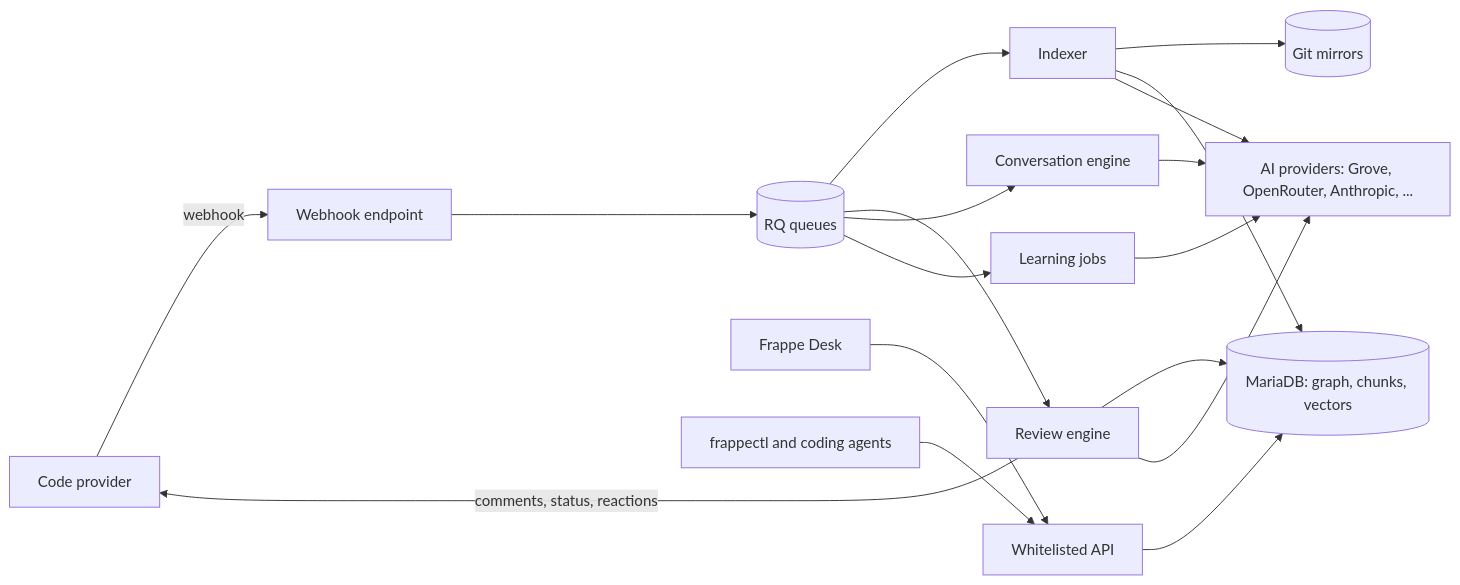
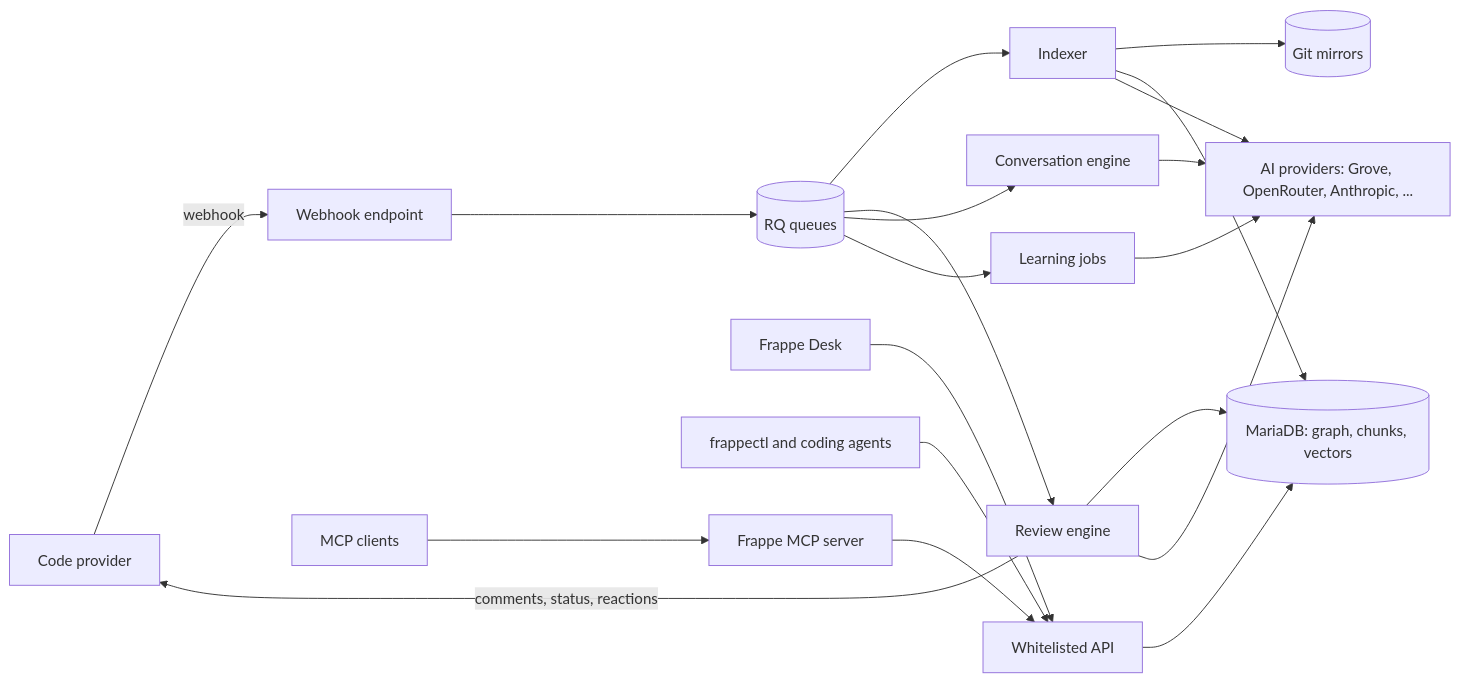
One commit to frappe/guard changed the diagram in docs/spec/02-architecture.md. Above: the diagram before and after it, drawn with Mermaid. The commit also changed other lines of this file and 22 other files, not shown here.

````diff
--- a/docs/spec/02-architecture.md
+++ b/docs/spec/02-architecture.md
@@ -5,20 +5,21 @@
 ```mermaid
 flowchart LR
     SCM[Code provider] -- webhook --> WH[Webhook endpoint]
     WH --> Q[(RQ queues)]
     Q --> IDX[Indexer]
     Q --> REV[Review engine]
     Q --> CONV[Conversation engine]
     Q --> LRN[Learning jobs]
     IDX --> GIT[(Git mirrors)]
     IDX --> DB[(MariaDB: graph, chunks, vectors)]
     REV --> DB
     REV --> GW[AI providers: Grove, OpenRouter, Anthropic, ...]
     CONV --> GW
     LRN --> GW
     IDX --> GW
     REV -- comments, status, reactions --> SCM
     UI[Frappe Desk] --> API[Whitelisted API]
     FCTL[frappectl and coding agents] --> API
+    AGT[MCP clients] --> FMCP[Frappe MCP server] --> API
     API --> DB
 ```
````
